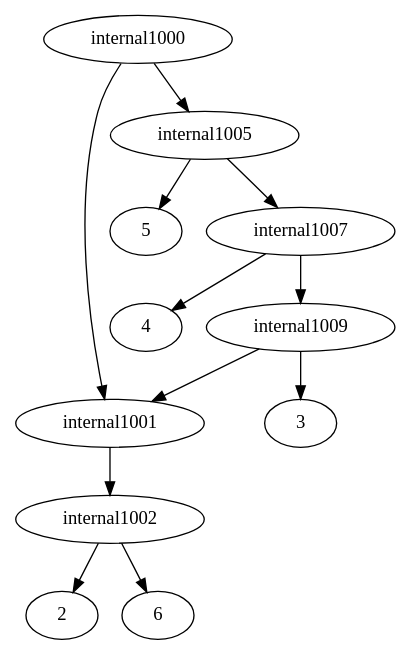
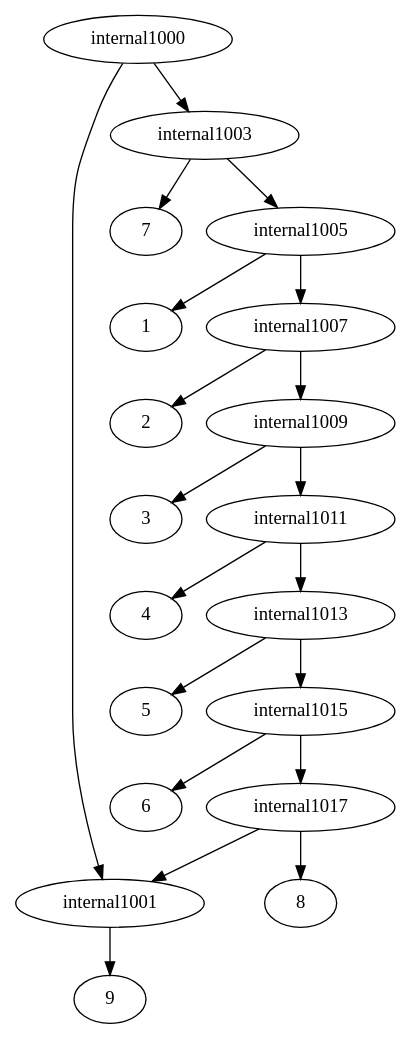
The diagram in New/Server/upload.dot (solislemuslab/phylo-knit), drawn with Graphviz before and after one commit. The commit also changed 83 other files, not shown here.

```diff
--- a/New/Server/upload.dot
+++ b/New/Server/upload.dot
@@ -1,16 +1,22 @@
 strict digraph G1 {
 internal1000 -> internal1001
-internal1000 -> internal1005
-internal1001 -> internal1002
-internal1002 -> 2
-internal1002 -> 6
-internal1005 -> 5
+internal1000 -> internal1003
+internal1001 -> 9
+internal1003 -> 7
+internal1003 -> internal1005
+internal1005 -> 1
 internal1005 -> internal1007
-internal1007 -> 4
+internal1007 -> 2
 internal1007 -> internal1009
 internal1009 -> 3
-internal1009 -> internal1001
-internal1001 -> internal1002
-internal1002 -> 2
-internal1002 -> 6
+internal1009 -> internal1011
+internal1011 -> 4
+internal1011 -> internal1013
+internal1013 -> 5
+internal1013 -> internal1015
+internal1015 -> 6
+internal1015 -> internal1017
+internal1017 -> 8
+internal1017 -> internal1001
+internal1001 -> 9
 }
```
